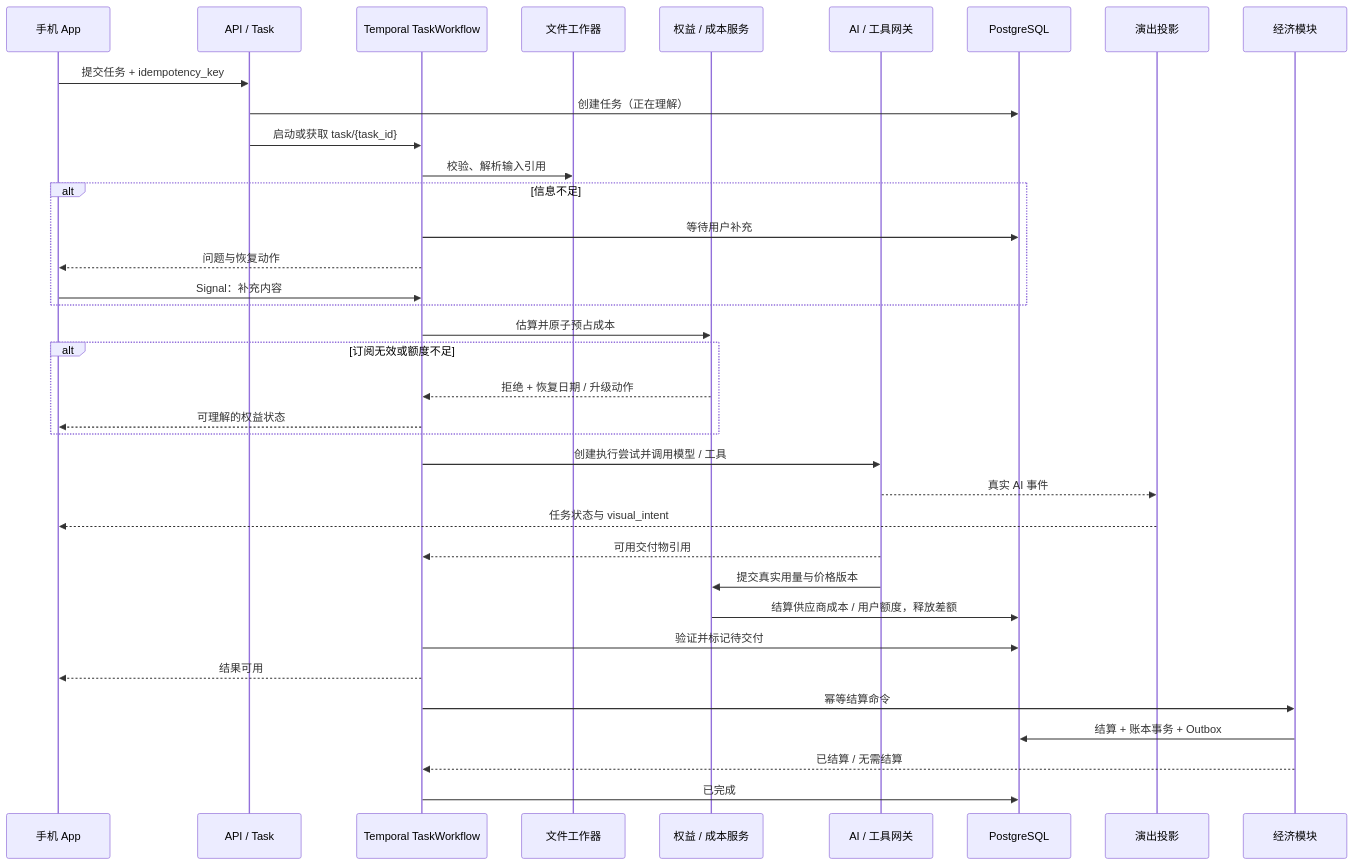
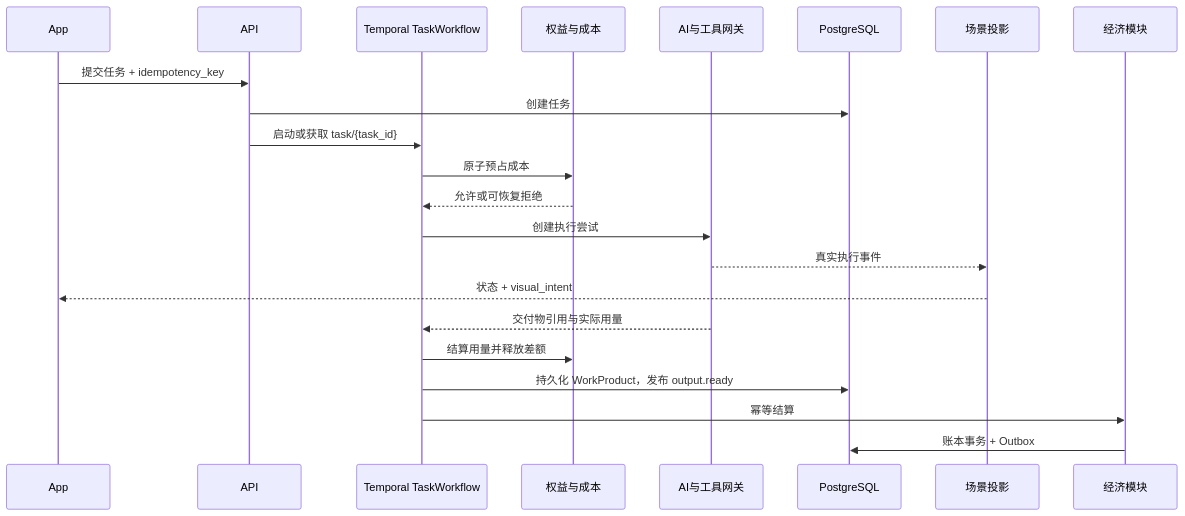
The second of 2 diagrams in 技术设计.md (qiaopengg/Digital-employee), drawn with Mermaid before and after one commit. The commit also changed other lines of this file and 4 other files, not shown here.

````diff
--- a/技术设计.md
+++ b/技术设计.md
@@ -514,39 +366,24 @@
 ```mermaid
 sequenceDiagram
-    participant App as 手机 App
-    participant API as API / Task
-    participant WF as Temporal TaskWorkflow
-    participant File as 文件工作器
-    participant Cost as 权益 / 成本服务
-    participant AI as AI / 工具网关
-    participant DB as PostgreSQL
-    participant Proj as 演出投影
-    participant Eco as 经济模块
-
-    App->>API: 提交任务 + idempotency_key
-    API->>DB: 创建任务（正在理解）
-    API->>WF: 启动或获取 task/{task_id}
-    WF->>File: 校验、解析输入引用
-    alt 信息不足
-        WF->>DB: 等待用户补充
-        WF-->>App: 问题与恢复动作
-        App->>WF: Signal：补充内容
-    end
-    WF->>Cost: 估算并原子预占成本
-    alt 订阅无效或额度不足
-        Cost-->>WF: 拒绝 + 恢复日期 / 升级动作
-        WF-->>App: 可理解的权益状态
-    end
-    WF->>AI: 创建执行尝试并调用模型 / 工具
-    AI-->>Proj: 真实 AI 事件
-    Proj-->>App: 任务状态与 visual_intent
-    AI-->>WF: 可用交付物引用
-    AI->>Cost: 提交真实用量与价格版本
-    Cost->>DB: 结算供应商成本 / 用户额度，释放差额
-    WF->>DB: 验证并标记待交付
-    WF-->>App: 结果可用
-    WF->>Eco: 幂等结算命令
-    Eco->>DB: 结算 + 账本事务 + Outbox
-    Eco-->>WF: 已结算 / 无需结算
-    WF->>DB: 已完成
+  participant App
+  participant API
+  participant WF as Temporal TaskWorkflow
+  participant Cost as 权益与成本
+  participant AI as AI与工具网关
+  participant DB as PostgreSQL
+  participant Proj as 场景投影
+  participant Eco as 经济模块
+  App->>API: 提交任务 + idempotency_key
+  API->>DB: 创建任务
+  API->>WF: 启动或获取 task/{task_id}
+  WF->>Cost: 原子预占成本
+  Cost-->>WF: 允许或可恢复拒绝
+  WF->>AI: 创建执行尝试
+  AI-->>Proj: 真实执行事件
+  Proj-->>App: 状态 + visual_intent
+  AI-->>WF: 交付物引用与实际用量
+  WF->>Cost: 结算用量并释放差额
+  WF->>DB: 持久化 WorkProduct，发布 output.ready
+  WF->>Eco: 幂等结算
+  Eco->>DB: 账本事务 + Outbox
 ```
````
